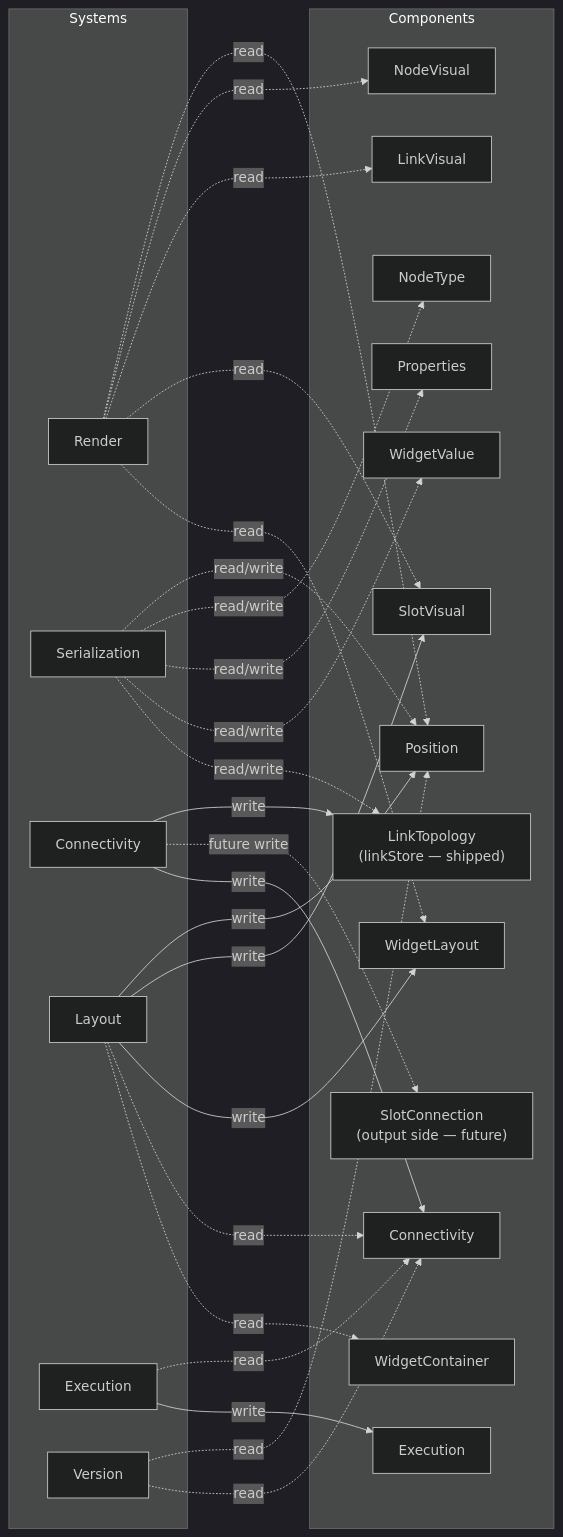
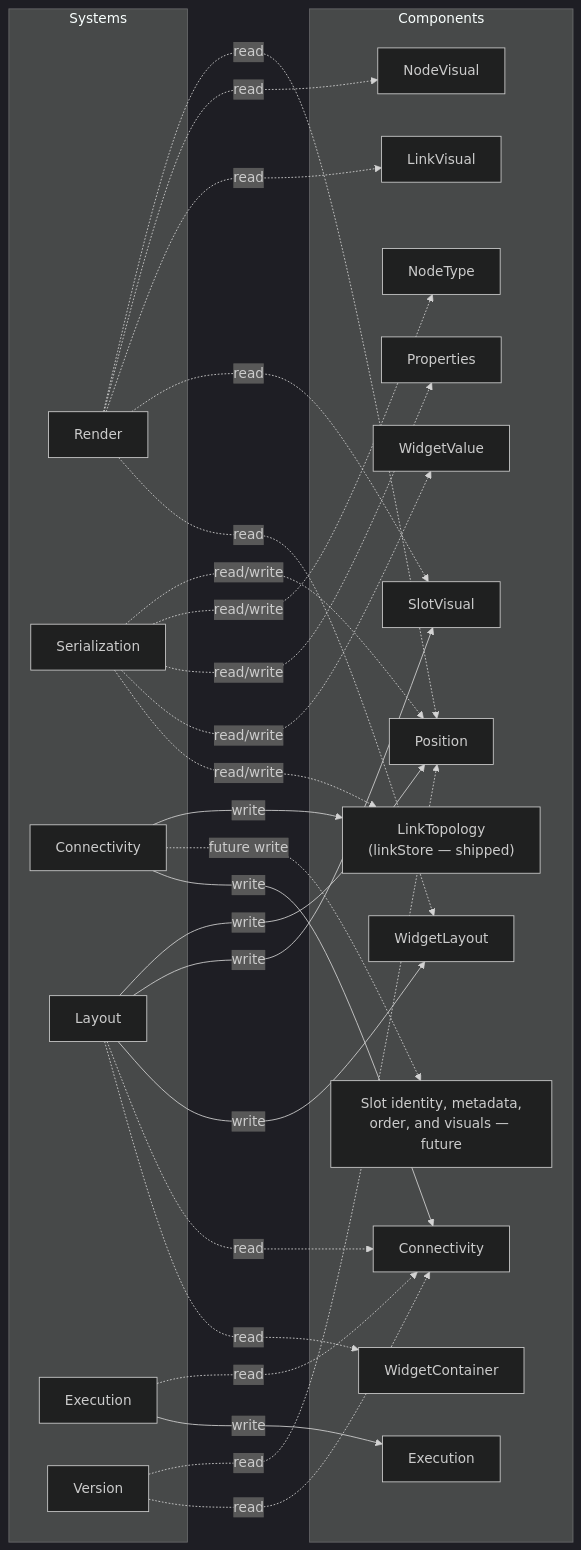
One commit to Comfy-Org/ComfyUI_frontend changed the seventh of 12 diagrams in docs/architecture/ecs-target-architecture.md. Above: the diagram before and after it, drawn with Mermaid (dark theme). The commit also changed other lines of this file and 20 other files, not shown here.

````diff
--- a/docs/architecture/ecs-target-architecture.md
+++ b/docs/architecture/ecs-target-architecture.md
@@ -334,57 +341,57 @@
 ```mermaid
 graph LR
     subgraph Systems
         RS["Render"]
         SS["Serialization"]
         CS["Connectivity"]
         LS["Layout"]
         ES["Execution"]
         VS["Version"]
     end
 
     subgraph Components
         Pos["Position"]
         NV["NodeVisual"]
         NT["NodeType"]
         Con["Connectivity"]
         Exe["Execution"]
         Props["Properties"]
         WC["WidgetContainer"]
         LE["LinkTopology
 (linkStore — shipped)"]
         LV["LinkVisual"]
-        SC["SlotConnection
-(output side — future)"]
+        SC["Slot identity, metadata,
+order, and visuals — future"]
         SV["SlotVisual"]
         WVal["WidgetValue"]
         WL["WidgetLayout"]
     end
 
     RS -.->|read| Pos
     RS -.->|read| NV
     RS -.->|read| LV
     RS -.->|read| SV
     RS -.->|read| WL
 
     LS -->|write| Pos
     LS -->|write| SV
     LS -->|write| WL
     LS -.->|read| Con
     LS -.->|read| WC
 
     CS -->|write| LE
     CS -.->|future write| SC
     CS -->|write| Con
 
     ES -.->|read| Con
     ES -->|write| Exe
 
     SS -.->|read/write| Pos
     SS -.->|read/write| NT
     SS -.->|read/write| Props
     SS -.->|read/write| WVal
     SS -.->|read/write| LE
 
     VS -.->|read| Pos
     VS -.->|read| Con
 ```
````
